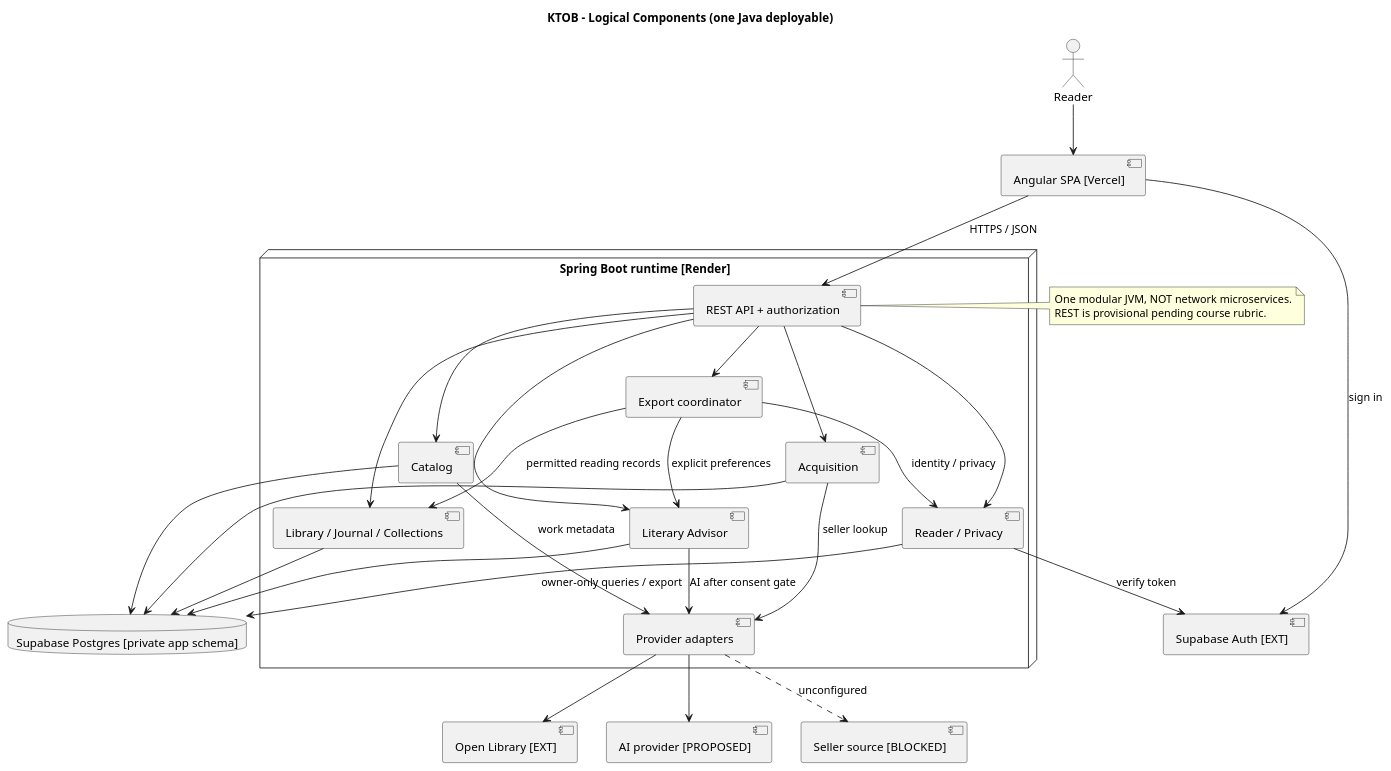
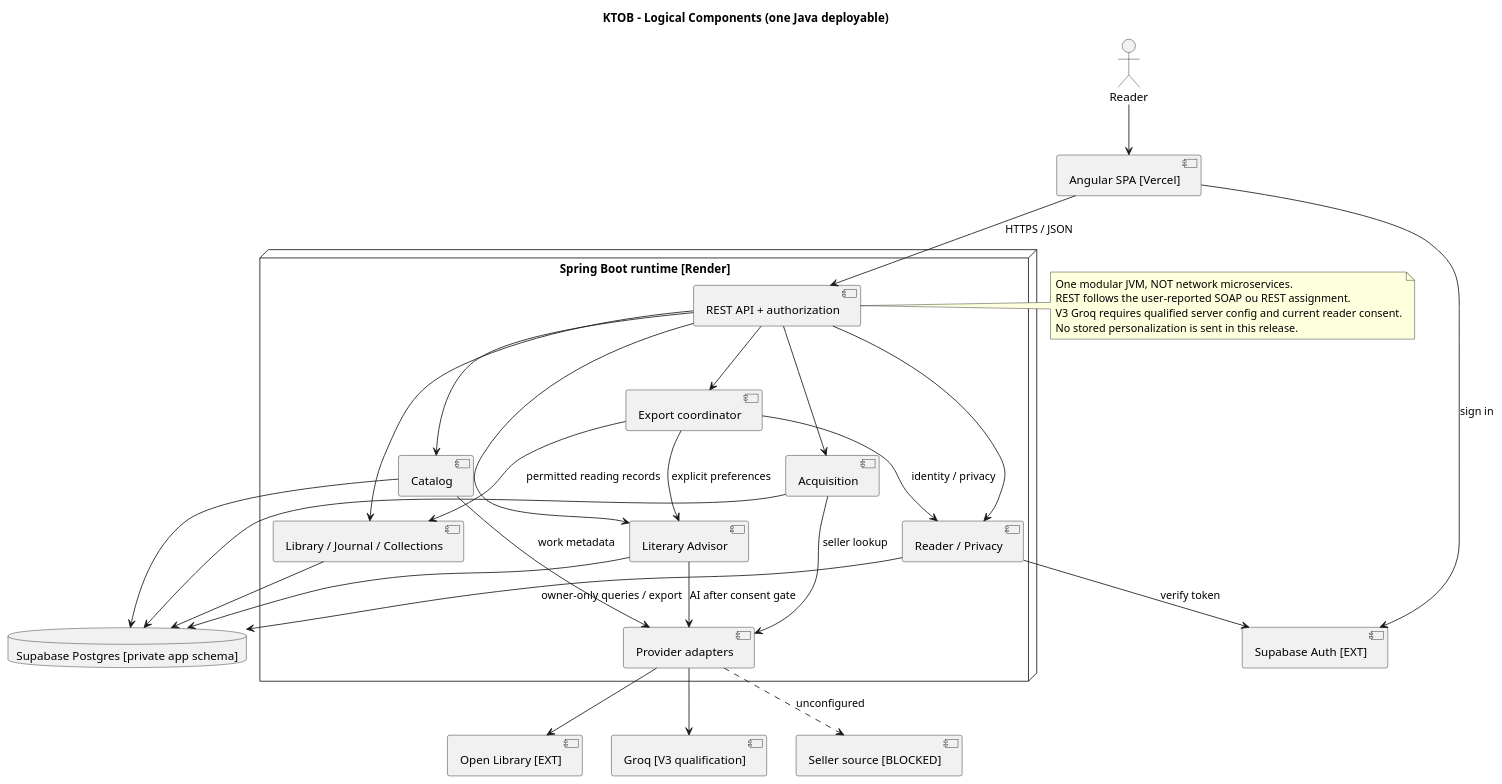
Before and after one commit to Adam-BArbia/ktob-literary-companion: the diagram in docs/uml/04-components.puml, drawn with PlantUML. The commit also changed 53 other files, not shown here.

```diff
--- a/docs/uml/04-components.puml
+++ b/docs/uml/04-components.puml
@@ -1,49 +1,51 @@
 @startuml KTOB_04_components
 title KTOB - Logical Components (one Java deployable)
 skinparam componentStyle uml2
 actor Reader
 component "Angular SPA [Vercel]" as Web
 node "Spring Boot runtime [Render]" {
  component "REST API + authorization" as API
  component "Reader / Privacy" as ReaderModule
  component "Export coordinator" as ExportModule
  component "Library / Journal / Collections" as LibraryModule
  component "Catalog" as CatalogModule
  component "Literary Advisor" as AdvisorModule
  component "Acquisition" as AcqModule
  component "Provider adapters" as Adapters
 }
 database "Supabase Postgres [private app schema]" as DB
 component "Supabase Auth [EXT]" as Auth
 component "Open Library [EXT]" as OL
-component "AI provider [PROPOSED]" as AI
+component "Groq [V3 qualification]" as AI
 component "Seller source [BLOCKED]" as Sellers
 Reader --> Web
 Web --> API : HTTPS / JSON
 Web --> Auth : sign in
 API --> ReaderModule
 API --> ExportModule
 ExportModule --> ReaderModule : identity / privacy
 ExportModule --> LibraryModule : permitted reading records
 ExportModule --> AdvisorModule : explicit preferences
 API --> LibraryModule
 API --> CatalogModule
 API --> AdvisorModule
 API --> AcqModule
 ReaderModule --> Auth : verify token
 ReaderModule --> DB : owner-only queries / export
 LibraryModule --> DB
 CatalogModule --> DB
 AdvisorModule --> DB
 AcqModule --> DB
 CatalogModule --> Adapters : work metadata
 AdvisorModule --> Adapters : AI after consent gate
 AcqModule --> Adapters : seller lookup
 Adapters --> OL
 Adapters --> AI
 Adapters ..> Sellers : unconfigured
 note right of API
 One modular JVM, NOT network microservices.
-REST is provisional pending course rubric.
+REST follows the user-reported SOAP ou REST assignment.
+V3 Groq requires qualified server config and current reader consent.
+No stored personalization is sent in this release.
 end note
 @enduml
```
